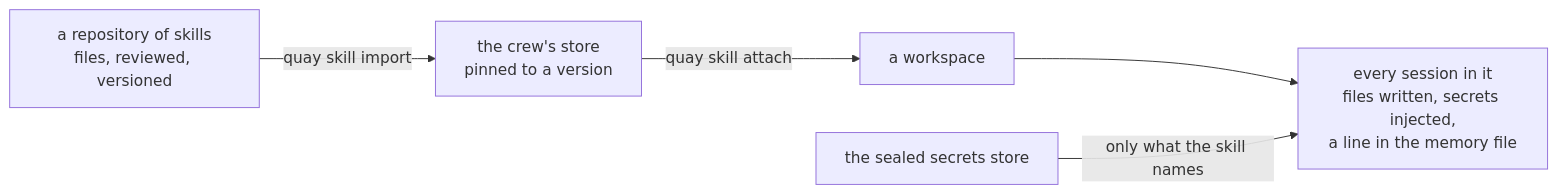
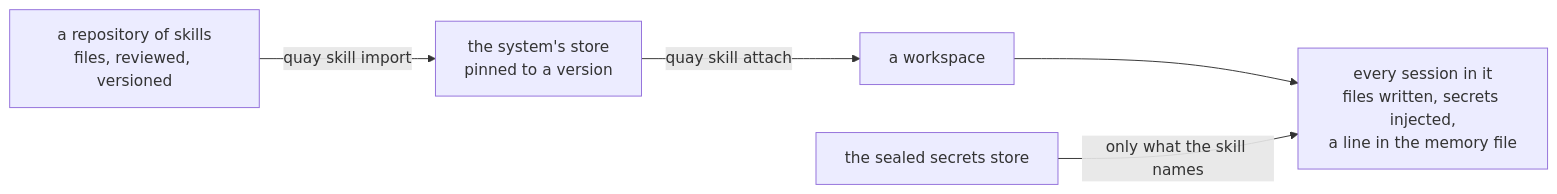
The diagram in docs/SKILLS.md (atlantic-blue/quay-crew), drawn with Mermaid before and after one commit. The commit also changed other lines of this file and 496 other files, not shown here.

````diff
--- a/docs/SKILLS.md
+++ b/docs/SKILLS.md
@@ -39,7 +39,7 @@
 ```mermaid
 flowchart LR
-    A["a repository of skills<br/>files, reviewed, versioned"] -->|"quay skill import"| B["the crew's store<br/>pinned to a version"]
+    A["a repository of skills<br/>files, reviewed, versioned"] -->|"quay skill import"| B["the system's store<br/>pinned to a version"]
     B -->|"quay skill attach"| C["a workspace"]
     C --> D["every session in it<br/>files written, secrets injected,<br/>a line in the memory file"]
     E["the sealed secrets store"] -->|"only what the skill names"| D
 ```
````
